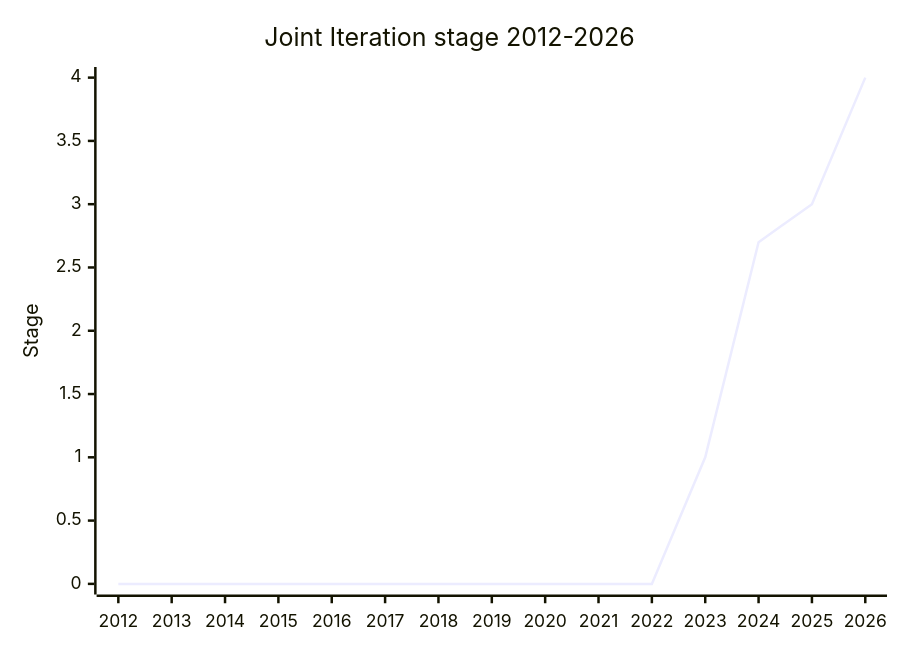
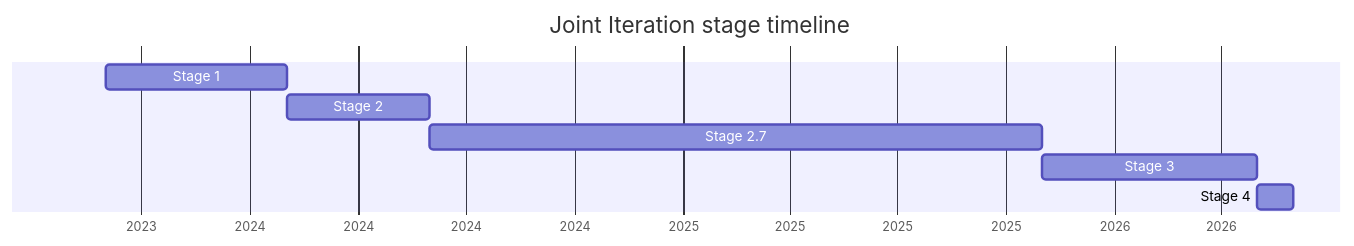
One commit to Jxck/tc39-llm-wiki changed the diagram in wiki/proposals/joint-iteration.md. Above: the diagram before and after it, drawn with Mermaid. The commit also changed other lines of this file and 11 other files, not shown here.

First line of the commit message:
[wiki] switch stage graphs from xychart-beta to mermaid gantt

````diff
--- a/wiki/proposals/joint-iteration.md
+++ b/wiki/proposals/joint-iteration.md
@@ -36,7 +36,12 @@
 ```mermaid
-xychart-beta
-    title "Joint Iteration stage 2012-2026"
-    x-axis [2012, 2013, 2014, 2015, 2016, 2017, 2018, 2019, 2020, 2021, 2022, 2023, 2024, 2025, 2026]
-    y-axis "Stage" 0 --> 4
-    line [0, 0, 0, 0, 0, 0, 0, 0, 0, 0, 0, 1, 2.7, 3, 4]
+gantt
+    title Joint Iteration stage timeline
+    dateFormat YYYY-MM
+    axisFormat %Y
+    todayMarker off
+    Stage 1 : 2023-09, 2024-02
+    Stage 2 : 2024-02, 2024-06
+    Stage 2.7 : 2024-06, 2025-11
+    Stage 3 : 2025-11, 2026-05
+    Stage 4 : 2026-05, 2026-06
 ```
````
